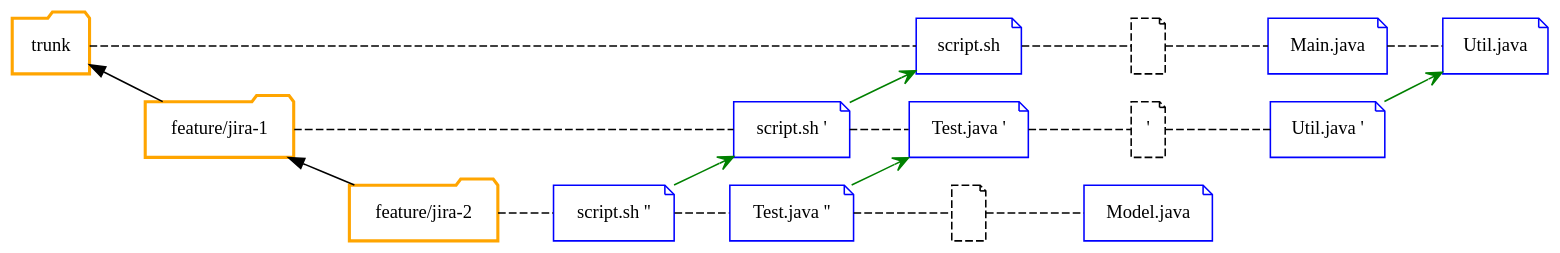
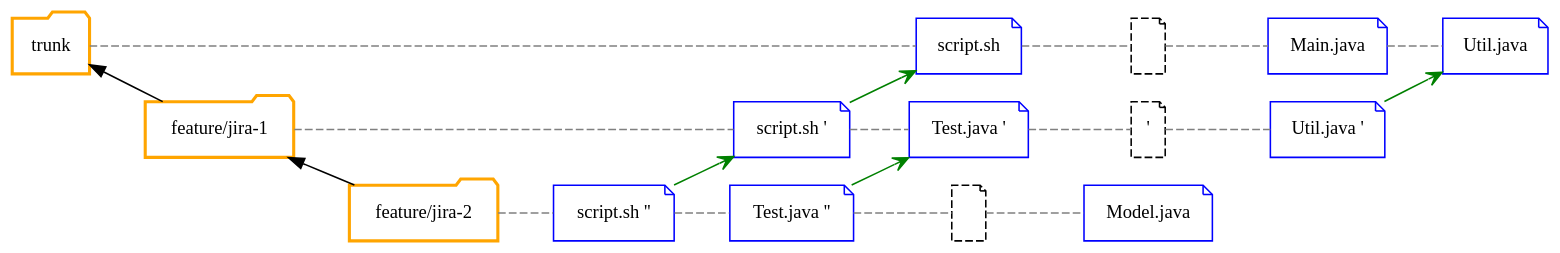
Before and after one commit to Gepardec/git-training: the diagram in slides/intro/src/docs/asciidoc/graphviz/svn-branch.dot, drawn with Graphviz. The commit also changed 8 other files, not shown here.

Commit message:
- Some changes on graphs - Added section about git commit, branch, tags (labels in common)

```diff
--- a/slides/intro/src/docs/asciidoc/graphviz/svn-branch.dot
+++ b/slides/intro/src/docs/asciidoc/graphviz/svn-branch.dot
@@ -1,50 +1,48 @@
 digraph svn_branch {
     rankdir="LR";
     bgcolor="transparent";
 
     node[width=0.3, shape=folder,fontsize=12.0,color=orange];
     "trunk"[label="trunk",group="trunk",style="bold"];
     "feature_1"[label="feature/jira-1",group="feature_1",style="bold"];
     "feature_2"[label="feature/jira-2",group="feature_2",style="bold"];
 
     node[ shape=note,fontsize=12.0];
     "file_1"[label="script.sh",group="trunk",color="blue"]
     "file_2"[label="",group="trunk",style="dashed",color=""]
     "file_3"[label="Main.java",group="trunk",color="blue"]
     "file_4"[label="Util.java",group="trunk",color="blue"]
     "file__1"[label="script.sh '",group="feature_1",color="blue"]
     "file__2"[label="Test.java '",group="feature_1",color="blue"]
     "file__3"[label="'",group="feature_1",style="dashed",color=""]
     "file__4"[label="Util.java '",group="feature_1",color="blue"]
     "file___1"[label="script.sh ''",group="feature_2",color="blue"]
     "file___2"[label="Test.java ''",group="feature_2",color="blue"]
     "file___3"[label="",group="feature_2",style=dashed,color=""]
     "file___4"[label="Model.java",group="feature_2",color="blue"]
 
     edge[arrowhead=open,dir="back"];
     "trunk" -> "feature_1";
     "feature_1" -> "feature_2";
 
-    edge[arrowhead=none,dir="forward",style=dashed];
+    edge[arrowhead=none,dir="forward",style=dashed, color=gray];
     "trunk" -> "file_1";
     "feature_1" -> "file__1";
     "feature_2" -> "file___1";
-
-    edge[arrowhead=none,dir="forward"];
     "file_1" -> "file_2";
     "file_2" -> "file_3";
     "file_3" -> "file_4";
     "file__1" -> "file__2";
     "file__2" -> "file__3";
     "file__3" -> "file__4";
     "file___1" -> "file___2";
     "file___2" -> "file___3";
     "file___3" -> "file___4";
 
     edge[arrowhead=open,style="",color=green];
     "file__1" -> "file_1"
     "file___1" -> "file__1"
     "file___2" -> "file__2"
     "file__4" -> "file_4"
 
 }
```
